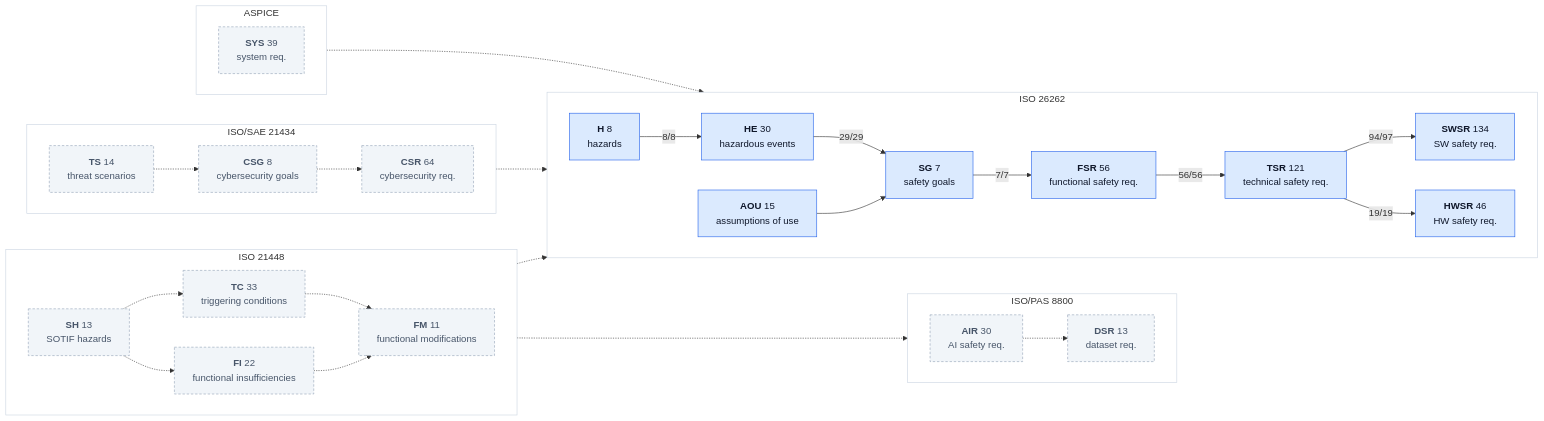
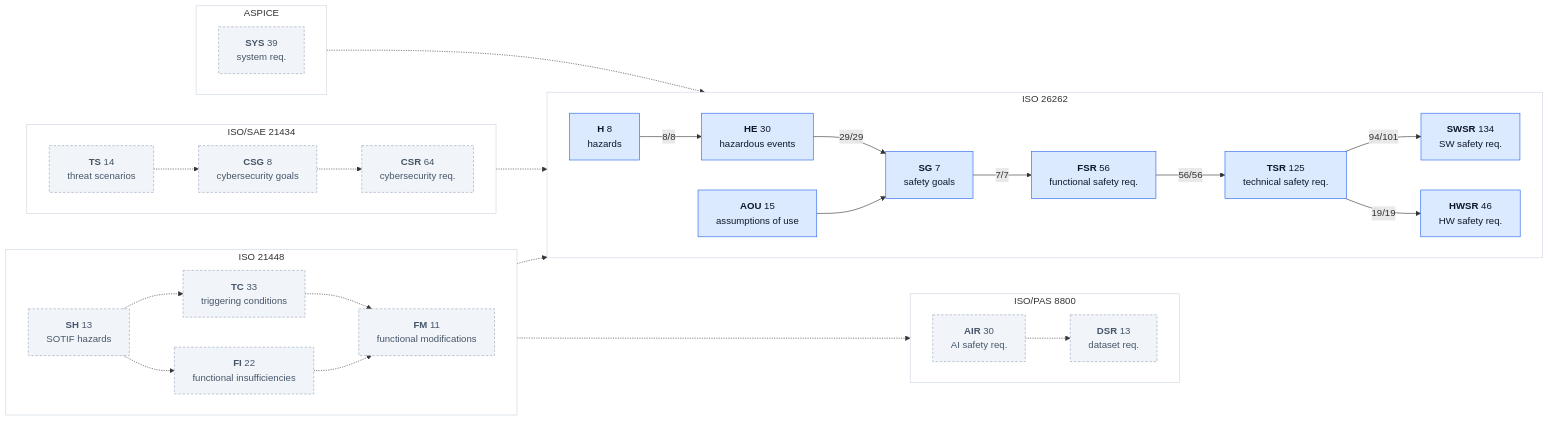
The second of 2 diagrams in assurance/trace/maps/aspice-trace-map.md (jherrodthomas/LionDriver), drawn with Mermaid before and after one commit. The commit also changed other lines of this file and 30 other files, not shown here.

````diff
--- a/assurance/trace/maps/aspice-trace-map.md
+++ b/assurance/trace/maps/aspice-trace-map.md
@@ -188,61 +188,61 @@
 ```mermaid
 flowchart LR
   subgraph ISO26262["ISO 26262"]
     direction LR
     kH["<b>H</b> 8<br/>hazards"]:::traced
     kHE["<b>HE</b> 30<br/>hazardous events"]:::traced
     kSG["<b>SG</b> 7<br/>safety goals"]:::traced
     kFSR["<b>FSR</b> 56<br/>functional safety req."]:::traced
-    kTSR["<b>TSR</b> 121<br/>technical safety req."]:::traced
+    kTSR["<b>TSR</b> 125<br/>technical safety req."]:::traced
     kSWSR["<b>SWSR</b> 134<br/>SW safety req."]:::traced
     kHWSR["<b>HWSR</b> 46<br/>HW safety req."]:::traced
     kAOU["<b>AOU</b> 15<br/>assumptions of use"]:::traced
   end
   style ISO26262 fill:#FFFFFF,stroke:#CBD5E1
   subgraph ISO21448["ISO 21448"]
     direction LR
     kSH["<b>SH</b> 13<br/>SOTIF hazards"]:::doc
     kTC["<b>TC</b> 33<br/>triggering conditions"]:::doc
     kFI["<b>FI</b> 22<br/>functional insufficiencies"]:::doc
     kFM["<b>FM</b> 11<br/>functional modifications"]:::doc
   end
   style ISO21448 fill:#FFFFFF,stroke:#CBD5E1
   subgraph ISOPAS8800["ISO/PAS 8800"]
     direction LR
     kAIR["<b>AIR</b> 30<br/>AI safety req."]:::doc
     kDSR["<b>DSR</b> 13<br/>dataset req."]:::doc
   end
   style ISOPAS8800 fill:#FFFFFF,stroke:#CBD5E1
   subgraph ISOSAE21434["ISO/SAE 21434"]
     direction LR
     kTS["<b>TS</b> 14<br/>threat scenarios"]:::doc
     kCSG["<b>CSG</b> 8<br/>cybersecurity goals"]:::doc
     kCSR["<b>CSR</b> 64<br/>cybersecurity req."]:::doc
   end
   style ISOSAE21434 fill:#FFFFFF,stroke:#CBD5E1
   subgraph ASPICE["ASPICE"]
     direction LR
     kSYS["<b>SYS</b> 39<br/>system req."]:::doc
   end
   style ASPICE fill:#FFFFFF,stroke:#CBD5E1
   kH -->|"8/8"| kHE
   kHE -->|"29/29"| kSG
   kSG -->|"7/7"| kFSR
   kFSR -->|"56/56"| kTSR
-  kTSR -->|"94/97"| kSWSR
+  kTSR -->|"94/101"| kSWSR
   kTSR -->|"19/19"| kHWSR
   kAOU --> kSG
   kSH -.-> kTC
   kSH -.-> kFI
   kTC -.-> kFM
   kFI -.-> kFM
   kSH -.-> kHE
   kFI -.-> kAIR
   kAIR -.-> kDSR
   kTS -.-> kCSG
   kCSG -.-> kCSR
   kCSG -.-> kSG
   kSYS -.-> kTSR
   classDef traced fill:#DBEAFE,stroke:#2563EB,color:#0F172A
   classDef doc fill:#F1F5F9,stroke:#94A3B8,stroke-dasharray:4 3,color:#475569
 ```
````
